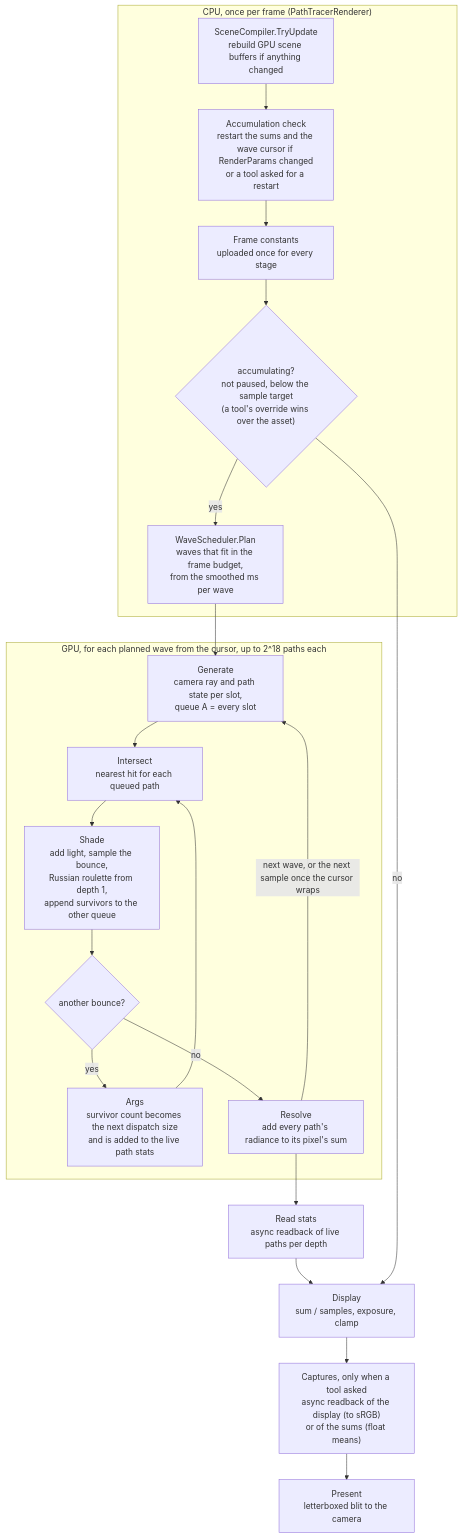
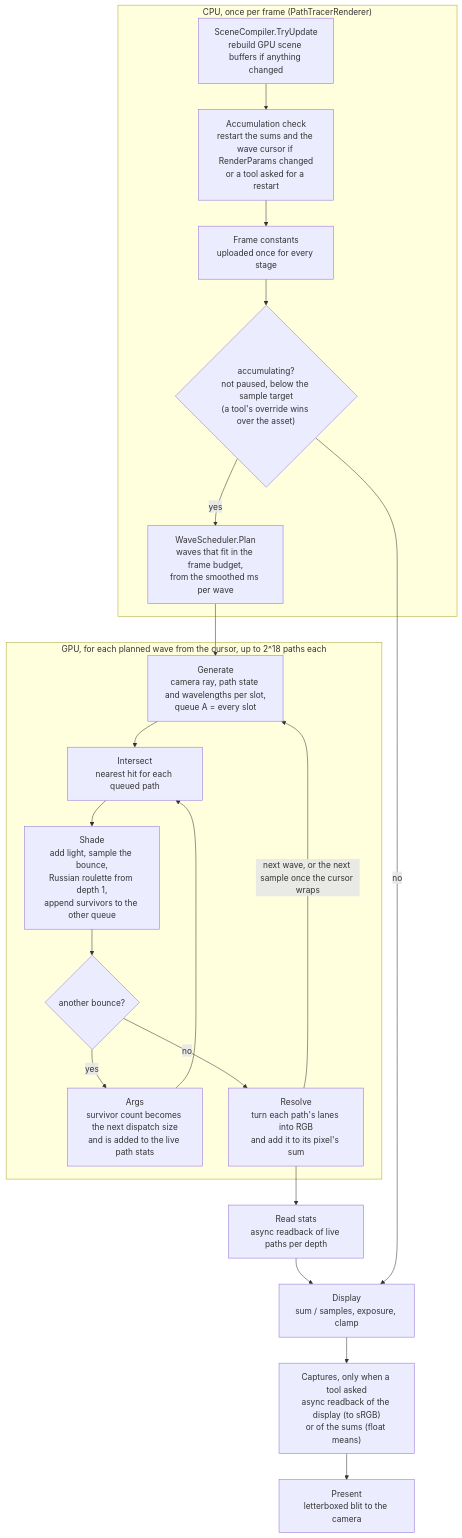
One commit to Privnoval016/SpectralPathTracer changed the diagram in Assets/SpectralPathTracer/Runtime/Rendering/README.md. Above: the diagram before and after it, drawn with Mermaid. The commit also changed other lines of this file and 1 other file, not shown here.

````diff
--- a/Assets/SpectralPathTracer/Runtime/Rendering/README.md
+++ b/Assets/SpectralPathTracer/Runtime/Rendering/README.md
@@ -7,32 +7,32 @@
 ```mermaid
 flowchart TD
     subgraph CPU["CPU, once per frame (PathTracerRenderer)"]
         scene["SceneCompiler.TryUpdate<br/>rebuild GPU scene buffers if anything changed"]
         reset["Accumulation check<br/>restart the sums and the wave cursor if RenderParams changed<br/>or a tool asked for a restart"]
         constants["Frame constants<br/>uploaded once for every stage"]
         decide{"accumulating?<br/>not paused, below the sample target<br/>(a tool's override wins over the asset)"}
         plan["WaveScheduler.Plan<br/>waves that fit in the frame budget,<br/>from the smoothed ms per wave"]
         scene --> reset --> constants --> decide
         decide -- yes --> plan
     end
 
     subgraph WAVE["GPU, for each planned wave from the cursor, up to 2^18 paths each"]
-        gen["Generate<br/>camera ray and path state per slot,<br/>queue A = every slot"]
+        gen["Generate<br/>camera ray, path state and wavelengths per slot,<br/>queue A = every slot"]
         isect["Intersect<br/>nearest hit for each queued path"]
         shade["Shade<br/>add light, sample the bounce,<br/>Russian roulette from depth 1,<br/>append survivors to the other queue"]
         more{"another bounce?"}
         args["Args<br/>survivor count becomes the next dispatch size<br/>and is added to the live path stats"]
-        resolve["Resolve<br/>add every path's radiance to its pixel's sum"]
+        resolve["Resolve<br/>turn each path's lanes into RGB<br/>and add it to its pixel's sum"]
         gen --> isect --> shade --> more
         more -- yes --> args --> isect
         more -- no --> resolve
     end
 
     plan --> gen
     resolve -- "next wave, or the next sample once the cursor wraps" --> gen
     resolve --> readback["Read stats<br/>async readback of live paths per depth"]
     readback --> display
     decide -- no --> display
     display["Display<br/>sum / samples, exposure, clamp"] --> capture["Captures, only when a tool asked<br/>async readback of the display (to sRGB)<br/>or of the sums (float means)"]
     capture --> present["Present<br/>letterboxed blit to the camera"]
 ```
````
